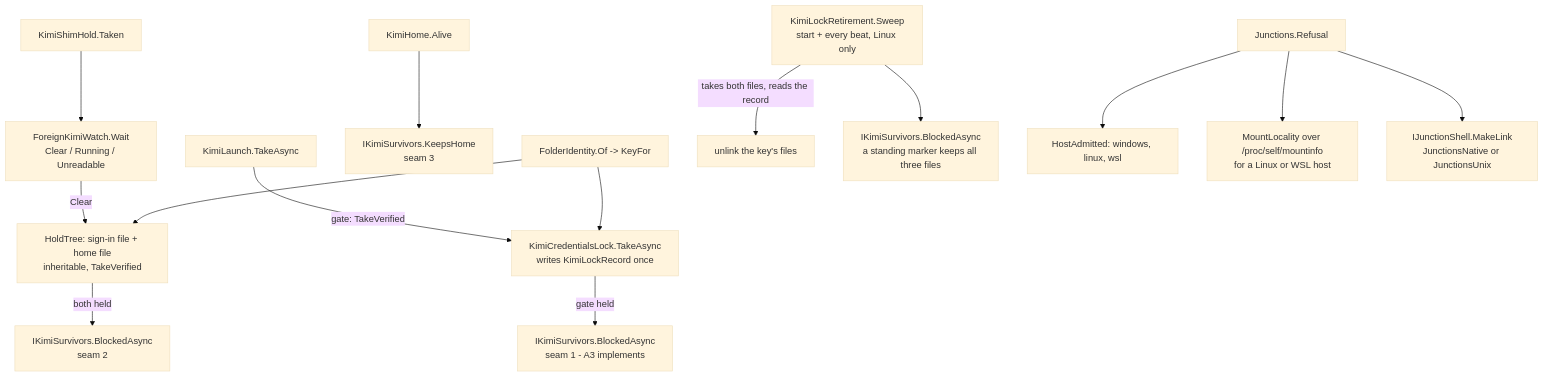
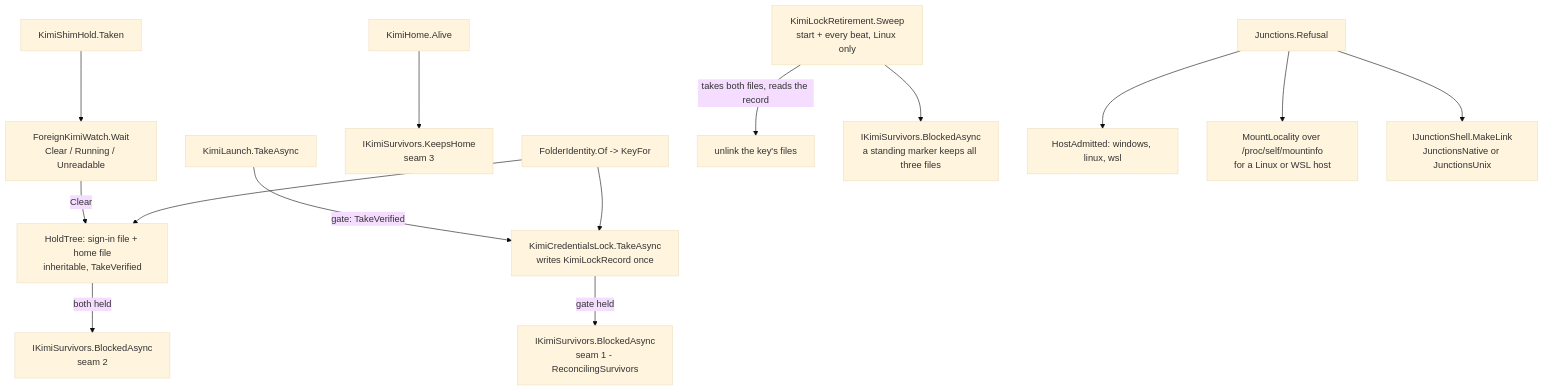
Before and after one commit to oleksandrdubyna88/dew_flow_connect_other_ais: diagram 22 of 24 in research/module_runners.md, drawn with Mermaid (base theme). The commit also changed other lines of this file and 5 other files, not shown here.

````diff
--- a/research/module_runners.md
+++ b/research/module_runners.md
@@ -3570,16 +3570,16 @@
 ```mermaid
 flowchart TD
   T[KimiLaunch.TakeAsync] -->|gate: TakeVerified| G[KimiCredentialsLock.TakeAsync<br/>writes KimiLockRecord once]
-  G -->|gate held| S1[IKimiSurvivors.BlockedAsync<br/>seam 1 - A3 implements]
+  G -->|gate held| S1[IKimiSurvivors.BlockedAsync<br/>seam 1 - ReconcilingSurvivors]
   SH[KimiShimHold.Taken] --> W[ForeignKimiWatch.Wait<br/>Clear / Running / Unreadable]
   W -->|Clear| H[HoldTree: sign-in file + home file<br/>inheritable, TakeVerified]
   H -->|both held| S2[IKimiSurvivors.BlockedAsync<br/>seam 2]
   D[KimiHome.Alive] --> S3[IKimiSurvivors.KeepsHome<br/>seam 3]
   K[FolderIdentity.Of -> KeyFor] --> G
   K --> H
   SW[KimiLockRetirement.Sweep<br/>start + every beat, Linux only] -->|takes both files, reads the record| R[unlink the key's files]
   SW --> S4[IKimiSurvivors.BlockedAsync<br/>a standing marker keeps all three files]
   J[Junctions.Refusal] --> HA[HostAdmitted: windows, linux, wsl]
   J --> M[MountLocality over /proc/self/mountinfo<br/>for a Linux or WSL host]
   J --> MK[IJunctionShell.MakeLink<br/>JunctionsNative or JunctionsUnix]
 ```
````
